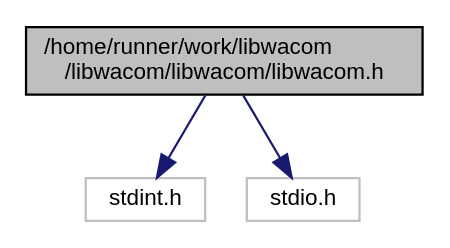
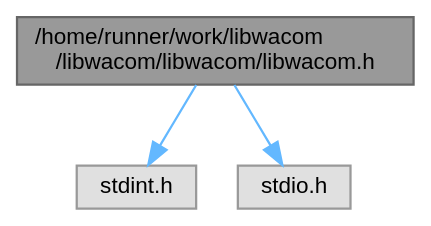
Before and after one commit to whot/libwacom: the diagram in libwacom_8h__incl.dot, drawn with Graphviz. The commit also changed 103 other files, not shown here.

```diff
--- a/libwacom_8h__incl.dot
+++ b/libwacom_8h__incl.dot
@@ -1,11 +1,12 @@
 digraph "/home/runner/work/libwacom/libwacom/libwacom/libwacom.h"
 {
  // LATEX_PDF_SIZE
-  edge [fontname="Helvetica",fontsize="10",labelfontname="Helvetica",labelfontsize="10"];
-  node [fontname="Helvetica",fontsize="10",shape=record];
-  Node1 [label="/home/runner/work/libwacom\l/libwacom/libwacom/libwacom.h",height=0.2,width=0.4,color="black", fillcolor="grey75", style="filled", fontcolor="black",tooltip=" "];
-  Node1 -> Node2 [color="midnightblue",fontsize="10",style="solid",fontname="Helvetica"];
-  Node2 [label="stdint.h",height=0.2,width=0.4,color="grey75", fillcolor="white", style="filled",tooltip=" "];
-  Node1 -> Node3 [color="midnightblue",fontsize="10",style="solid",fontname="Helvetica"];
-  Node3 [label="stdio.h",height=0.2,width=0.4,color="grey75", fillcolor="white", style="filled",tooltip=" "];
+  bgcolor="transparent";
+  edge [fontname=Helvetica,fontsize=10,labelfontname=Helvetica,labelfontsize=10];
+  node [fontname=Helvetica,fontsize=10,shape=box,height=0.2,width=0.4];
+  Node1 [id="Node000001",label="/home/runner/work/libwacom\l/libwacom/libwacom/libwacom.h",height=0.2,width=0.4,color="gray40", fillcolor="grey60", style="filled", fontcolor="black",tooltip=" "];
+  Node1 -> Node2 [id="edge1_Node000001_Node000002",color="steelblue1",style="solid",tooltip=" "];
+  Node2 [id="Node000002",label="stdint.h",height=0.2,width=0.4,color="grey60", fillcolor="#E0E0E0", style="filled",tooltip=" "];
+  Node1 -> Node3 [id="edge2_Node000001_Node000003",color="steelblue1",style="solid",tooltip=" "];
+  Node3 [id="Node000003",label="stdio.h",height=0.2,width=0.4,color="grey60", fillcolor="#E0E0E0", style="filled",tooltip=" "];
 }
```
